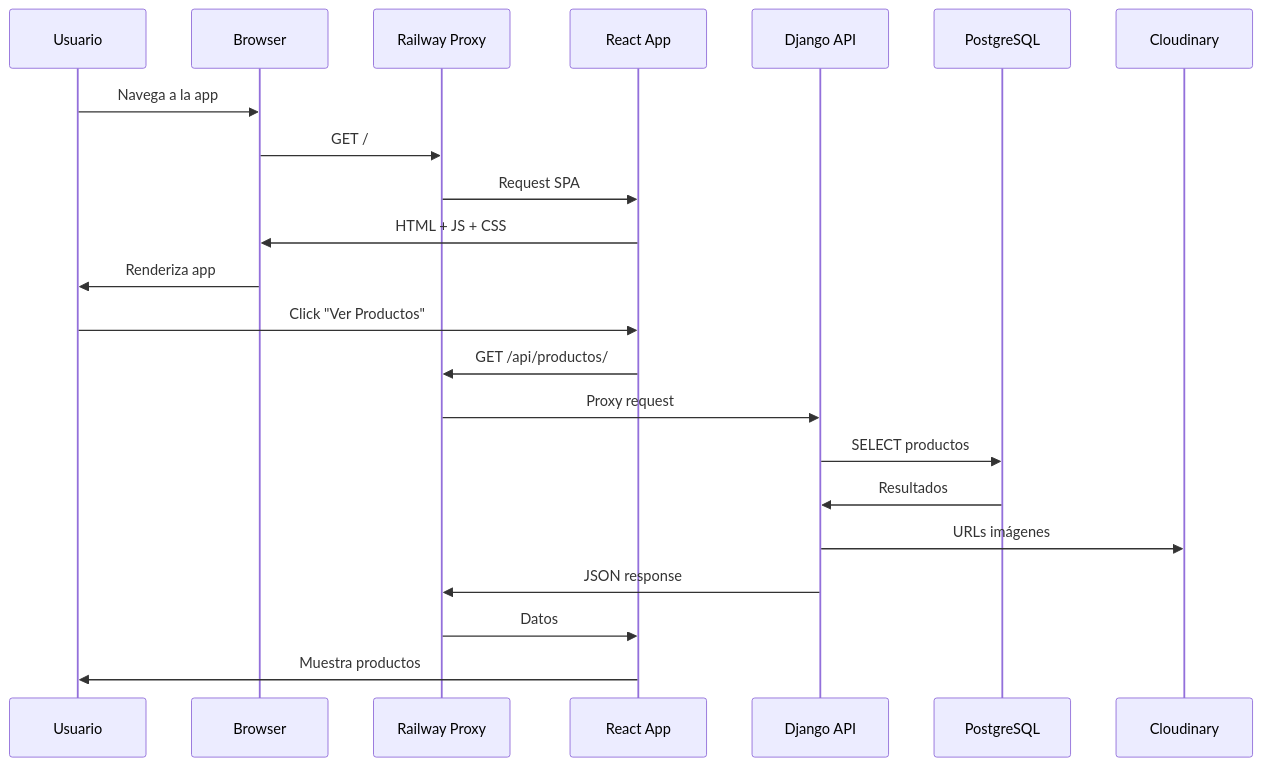
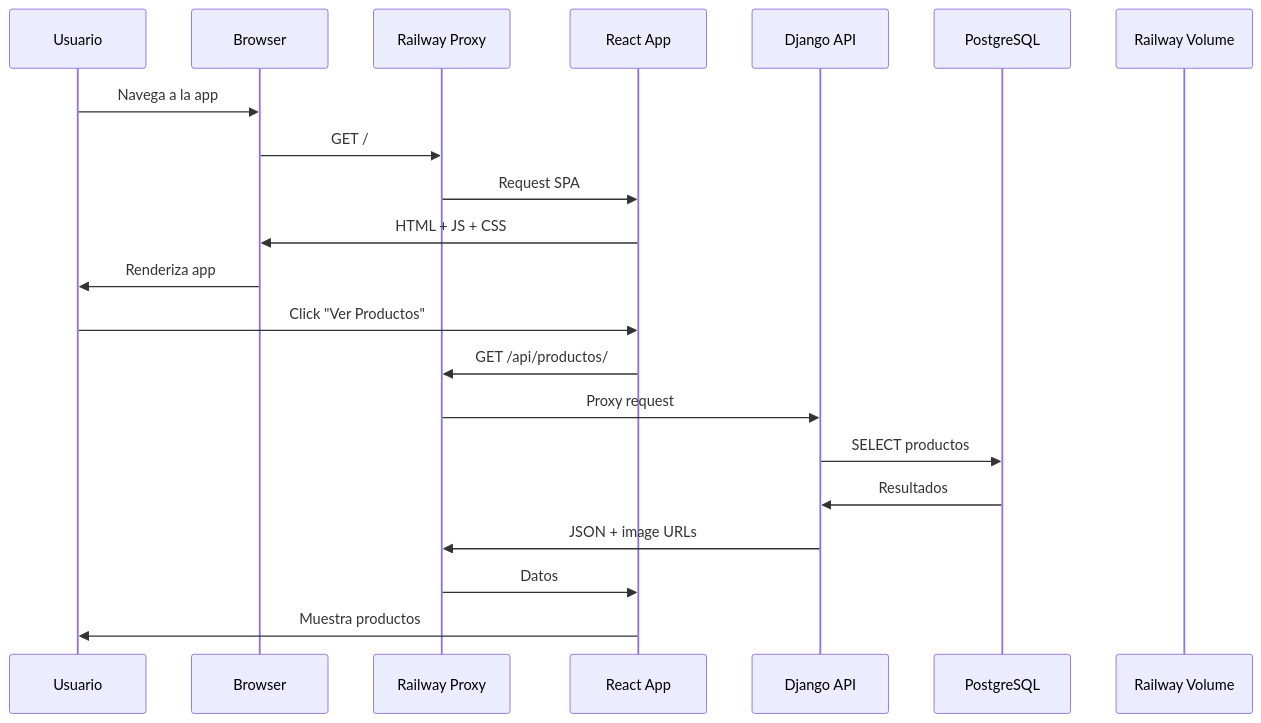
The second of 9 diagrams in docs/ARCHITECTURE.md (ImpLosBukisHMO/catalogo-bukis-frontend), drawn with Mermaid before and after one commit. The commit also changed other lines of this file and 5 other files, not shown here.

Commit message:
docs: remove Cloudinary references - using Railway Volume only

````diff
--- a/docs/ARCHITECTURE.md
+++ b/docs/ARCHITECTURE.md
@@ -61,26 +61,25 @@
 ```mermaid
 sequenceDiagram
     participant User as Usuario
     participant Browser as Browser
     participant Railway as Railway Proxy
     participant Frontend as React App
     participant Backend as Django API
     participant DB as PostgreSQL
-    participant Cloud as Cloudinary
+    participant Storage as Railway Volume
 
     User->>Browser: Navega a la app
     Browser->>Railway: GET /
     Railway->>Frontend: Request SPA
     Frontend->>Browser: HTML + JS + CSS
     Browser->>User: Renderiza app
 
     User->>Frontend: Click "Ver Productos"
     Frontend->>Railway: GET /api/productos/
     Railway->>Backend: Proxy request
     Backend->>DB: SELECT productos
     DB->>Backend: Resultados
-    Backend->>Cloud: URLs imágenes
-    Backend->>Railway: JSON response
+    Backend->>Railway: JSON + image URLs
     Railway->>Frontend: Datos
     Frontend->>User: Muestra productos
 ```
````
